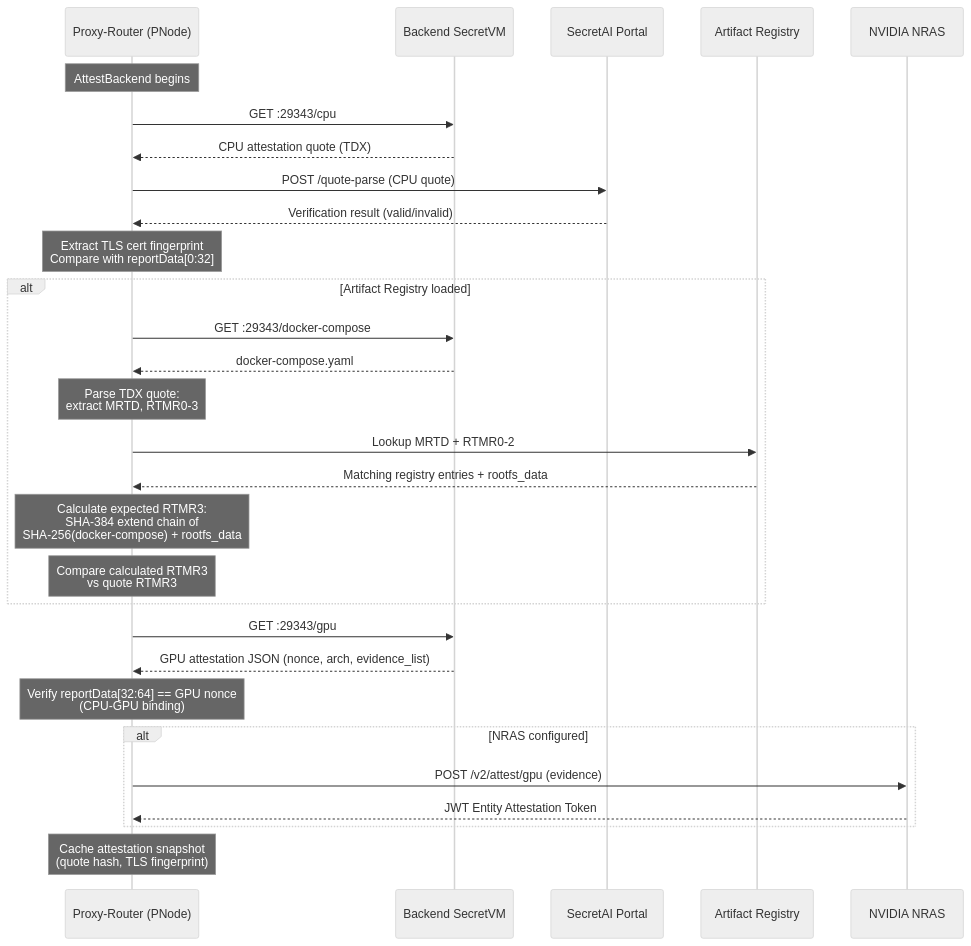
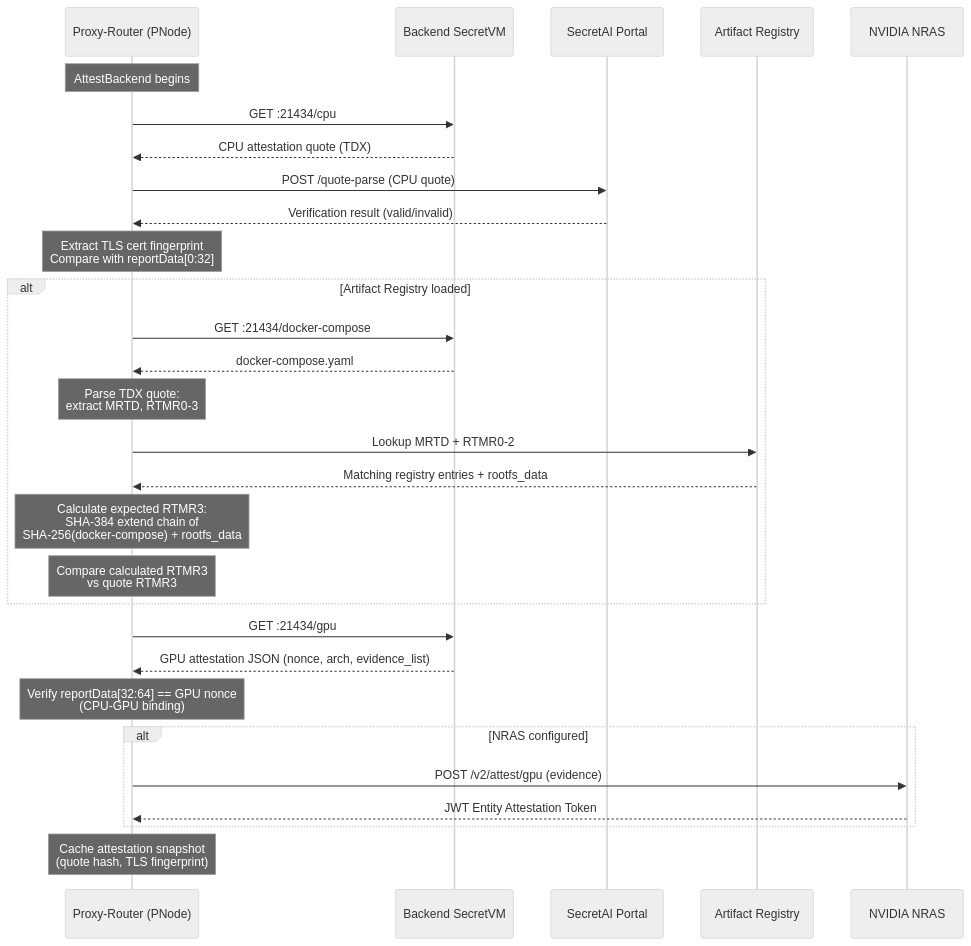
One commit to cowboycoderhq/Morpheus-Lumerin-Node changed the first of 3 diagrams in proxy-router/docs/tee-backend-verification.md. Above: the diagram before and after it, drawn with Mermaid (neutral theme). The commit also changed other lines of this file and 7 other files, not shown here.

````diff
--- a/proxy-router/docs/tee-backend-verification.md
+++ b/proxy-router/docs/tee-backend-verification.md
@@ -57,44 +57,44 @@
 ```mermaid
 sequenceDiagram
     participant P as Proxy-Router (PNode)
     participant B as Backend SecretVM
     participant S as SecretAI Portal
     participant R as Artifact Registry
     participant N as NVIDIA NRAS
 
     Note over P: AttestBackend begins
 
-    P->>B: GET :29343/cpu
+    P->>B: GET :21434/cpu
     B-->>P: CPU attestation quote (TDX)
 
     P->>S: POST /quote-parse (CPU quote)
     S-->>P: Verification result (valid/invalid)
 
     Note over P: Extract TLS cert fingerprint<br/>Compare with reportData[0:32]
 
     alt Artifact Registry loaded
-        P->>B: GET :29343/docker-compose
+        P->>B: GET :21434/docker-compose
         B-->>P: docker-compose.yaml
 
         Note over P: Parse TDX quote:<br/>extract MRTD, RTMR0-3
 
         P->>R: Lookup MRTD + RTMR0-2
         R-->>P: Matching registry entries + rootfs_data
 
         Note over P: Calculate expected RTMR3:<br/>SHA-384 extend chain of<br/>SHA-256(docker-compose) + rootfs_data
 
         Note over P: Compare calculated RTMR3<br/>vs quote RTMR3
     end
 
-    P->>B: GET :29343/gpu
+    P->>B: GET :21434/gpu
     B-->>P: GPU attestation JSON (nonce, arch, evidence_list)
 
     Note over P: Verify reportData[32:64] == GPU nonce<br/>(CPU-GPU binding)
 
     alt NRAS configured
         P->>N: POST /v2/attest/gpu (evidence)
         N-->>P: JWT Entity Attestation Token
     end
 
     Note over P: Cache attestation snapshot<br/>(quote hash, TLS fingerprint)
 ```
````
